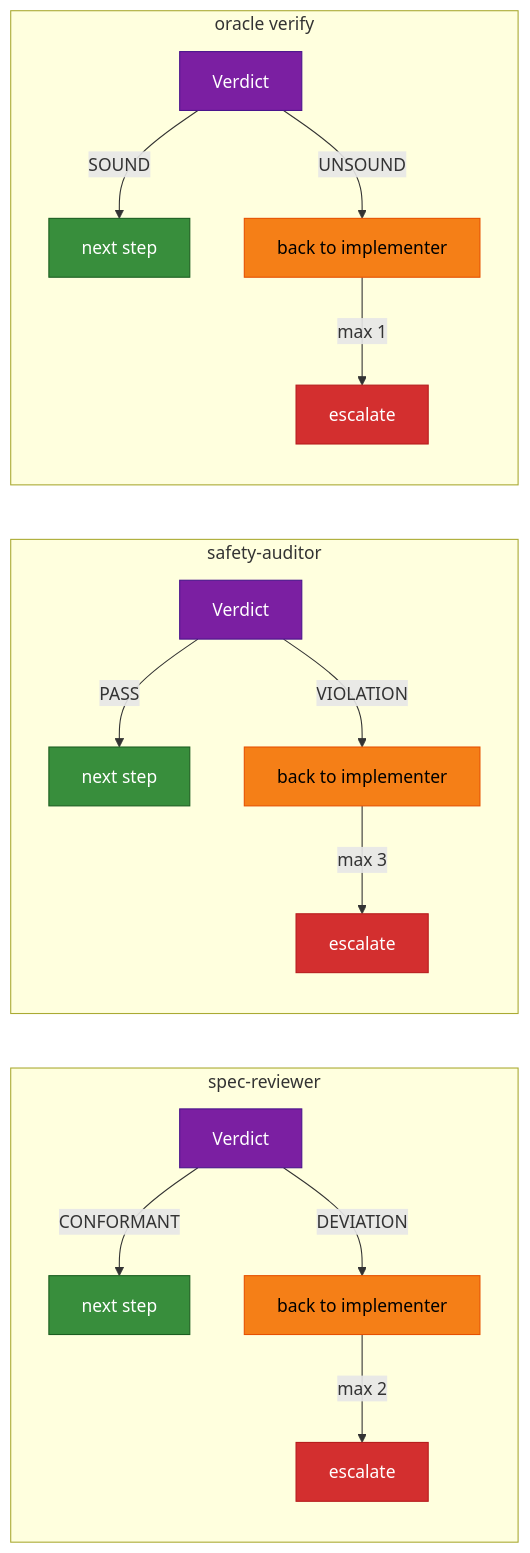
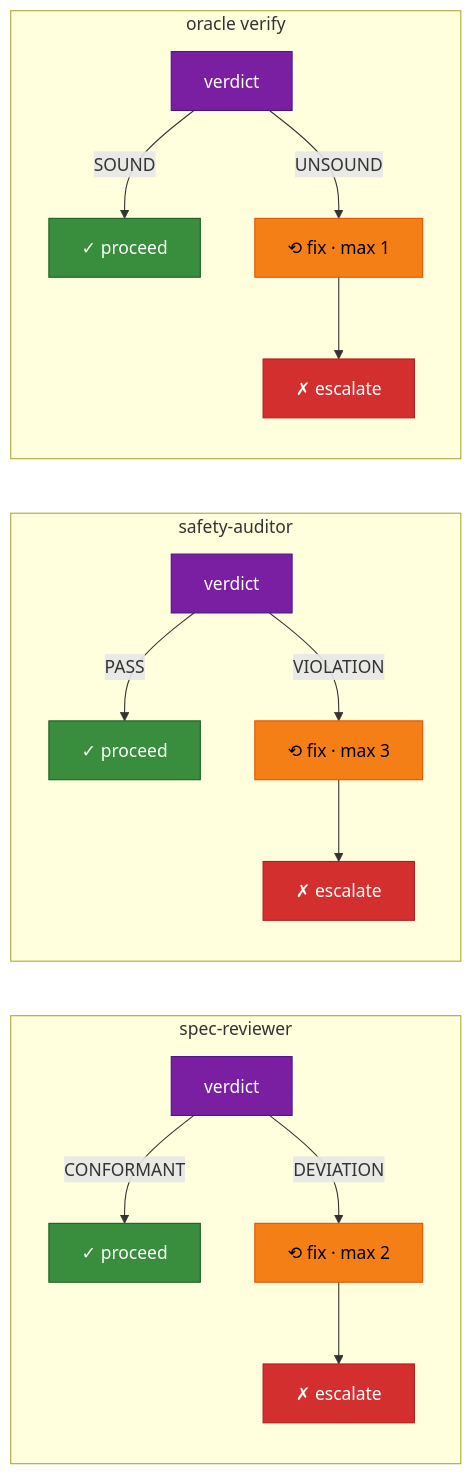
The third of 5 diagrams in docs/HOW-IT-WORKS.md (TejGandham/keel), drawn with Mermaid before and after one commit. The commit also changed other lines of this file and 1 other file, not shown here.

````diff
--- a/docs/HOW-IT-WORKS.md
+++ b/docs/HOW-IT-WORKS.md
@@ -117,33 +93,33 @@
 ```mermaid
 graph LR
-    subgraph spec-reviewer
-        SR3[Verdict] -->|CONFORMANT| N1[next step]
-        SR3 -->|DEVIATION| F1[back to implementer]
-        F1 -->|max 2| E1[escalate]
+    subgraph "spec-reviewer"
+        SR4["verdict"] -->|"CONFORMANT"| N1["✓ proceed"]
+        SR4 -->|"DEVIATION"| F4["⟲ fix · max 2"]
+        F4 --> E4["✗ escalate"]
     end
 
-    subgraph safety-auditor
-        SA3[Verdict] -->|PASS| N2[next step]
-        SA3 -->|VIOLATION| F2[back to implementer]
-        F2 -->|max 3| E2[escalate]
+    subgraph "safety-auditor"
+        SA4["verdict"] -->|"PASS"| N2["✓ proceed"]
+        SA4 -->|"VIOLATION"| F5["⟲ fix · max 3"]
+        F5 --> E5["✗ escalate"]
     end
 
-    subgraph oracle verify
-        OV3[Verdict] -->|SOUND| N3[next step]
-        OV3 -->|UNSOUND| F3[back to implementer]
-        F3 -->|max 1| E3[escalate]
+    subgraph "oracle verify"
+        OV4["verdict"] -->|"SOUND"| N3["✓ proceed"]
+        OV4 -->|"UNSOUND"| F6["⟲ fix · max 1"]
+        F6 --> E6["✗ escalate"]
     end
 
-    style SR3 fill:#7B1FA2,stroke:#4A148C,color:#fff
-    style SA3 fill:#7B1FA2,stroke:#4A148C,color:#fff
-    style OV3 fill:#7B1FA2,stroke:#4A148C,color:#fff
+    style SR4 fill:#7B1FA2,stroke:#4A148C,color:#fff
+    style SA4 fill:#7B1FA2,stroke:#4A148C,color:#fff
+    style OV4 fill:#7B1FA2,stroke:#4A148C,color:#fff
     style N1 fill:#388E3C,stroke:#1B5E20,color:#fff
     style N2 fill:#388E3C,stroke:#1B5E20,color:#fff
     style N3 fill:#388E3C,stroke:#1B5E20,color:#fff
-    style F1 fill:#F57F17,stroke:#E65100,color:#000
-    style F2 fill:#F57F17,stroke:#E65100,color:#000
-    style F3 fill:#F57F17,stroke:#E65100,color:#000
-    style E1 fill:#D32F2F,stroke:#B71C1C,color:#fff
-    style E2 fill:#D32F2F,stroke:#B71C1C,color:#fff
-    style E3 fill:#D32F2F,stroke:#B71C1C,color:#fff
+    style F4 fill:#F57F17,stroke:#E65100,color:#000
+    style F5 fill:#F57F17,stroke:#E65100,color:#000
+    style F6 fill:#F57F17,stroke:#E65100,color:#000
+    style E4 fill:#D32F2F,stroke:#B71C1C,color:#fff
+    style E5 fill:#D32F2F,stroke:#B71C1C,color:#fff
+    style E6 fill:#D32F2F,stroke:#B71C1C,color:#fff
 ```
````
